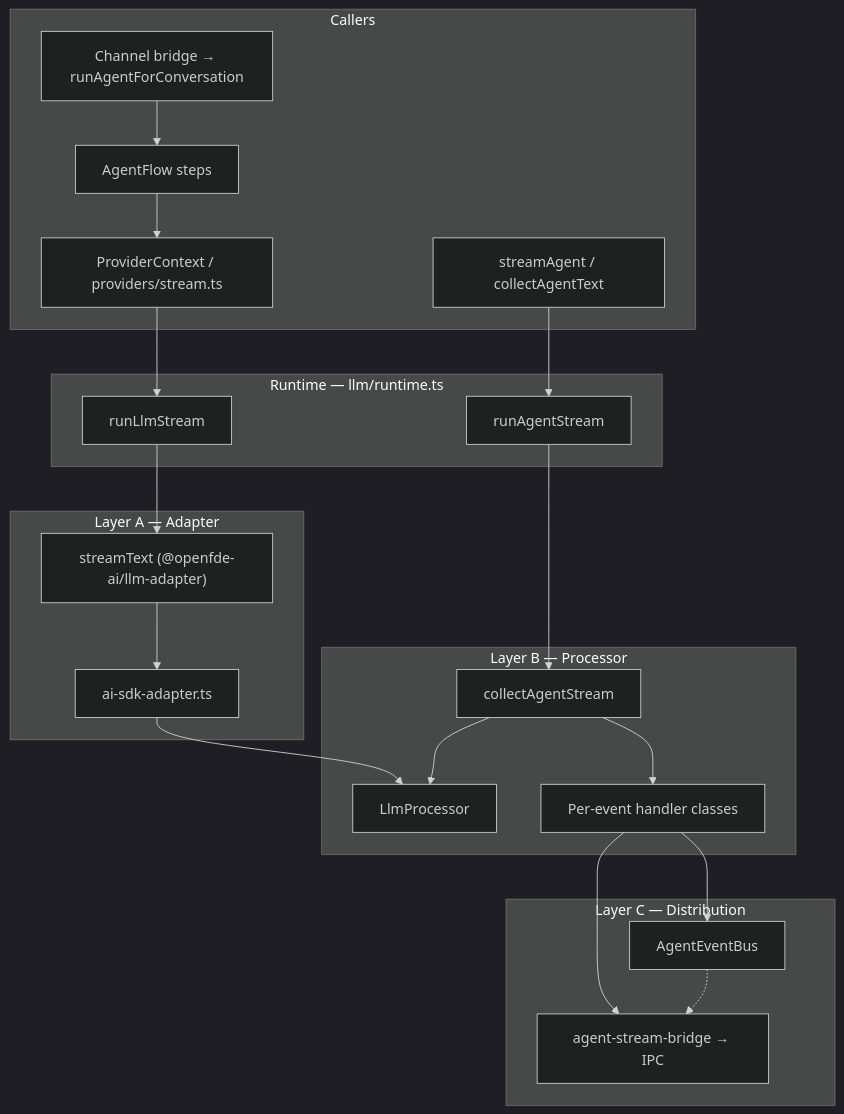
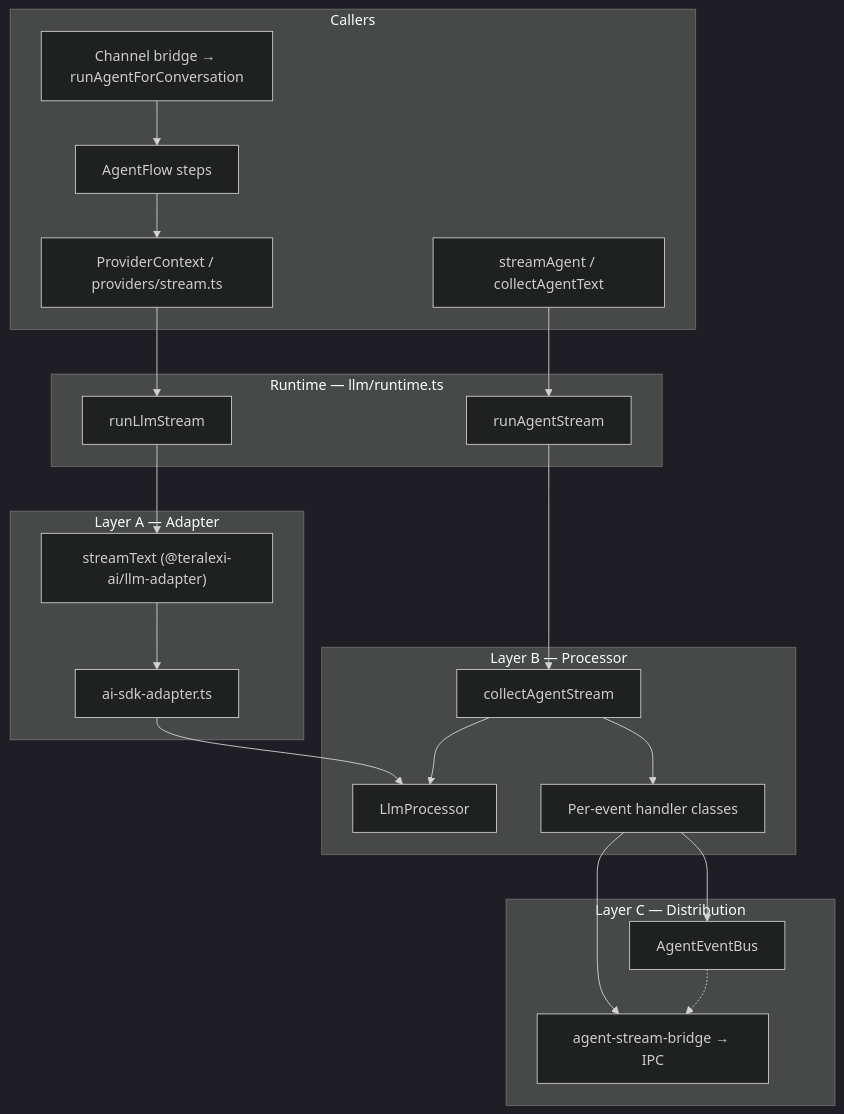
The first of 5 diagrams in src/main/agent/llm/README.md (Naughty-Otters/Teralexi), drawn with Mermaid (dark theme) before and after one commit. The commit also changed other lines of this file and 363 other files, not shown here.

````diff
--- a/src/main/agent/llm/README.md
+++ b/src/main/agent/llm/README.md
@@ -23,41 +23,41 @@
 ```mermaid
 flowchart TB
   subgraph callers [Callers]
     Steps[AgentFlow steps]
     ProviderCtx[ProviderContext / providers/stream.ts]
     ToolLoop[streamAgent / collectAgentText]
     Channel[Channel bridge → runAgentForConversation]
   end
 
   subgraph runtime [Runtime — llm/runtime.ts]
     RunLlm[runLlmStream]
     RunAgent[runAgentStream]
   end
 
   subgraph layerA [Layer A — Adapter]
     Adapter[ai-sdk-adapter.ts]
-    StreamText["streamText (@openfde-ai/llm-adapter)"]
+    StreamText["streamText (@teralexi-ai/llm-adapter)"]
   end
 
   subgraph layerB [Layer B — Processor]
     Proc[LlmProcessor]
     Collect[collectAgentStream]
     Handlers[Per-event handler classes]
   end
 
   subgraph layerC [Layer C — Distribution]
     Bus[AgentEventBus]
     Bridge[agent-stream-bridge → IPC]
   end
 
   Steps --> ProviderCtx --> RunLlm
   ToolLoop --> RunAgent
   Channel --> Steps
 
   RunLlm --> StreamText --> Adapter --> Proc
   RunAgent --> Collect --> Proc
   Collect --> Handlers
   Handlers --> Bus
   Handlers --> Bridge
   Bus -.-> Bridge
 ```
````
